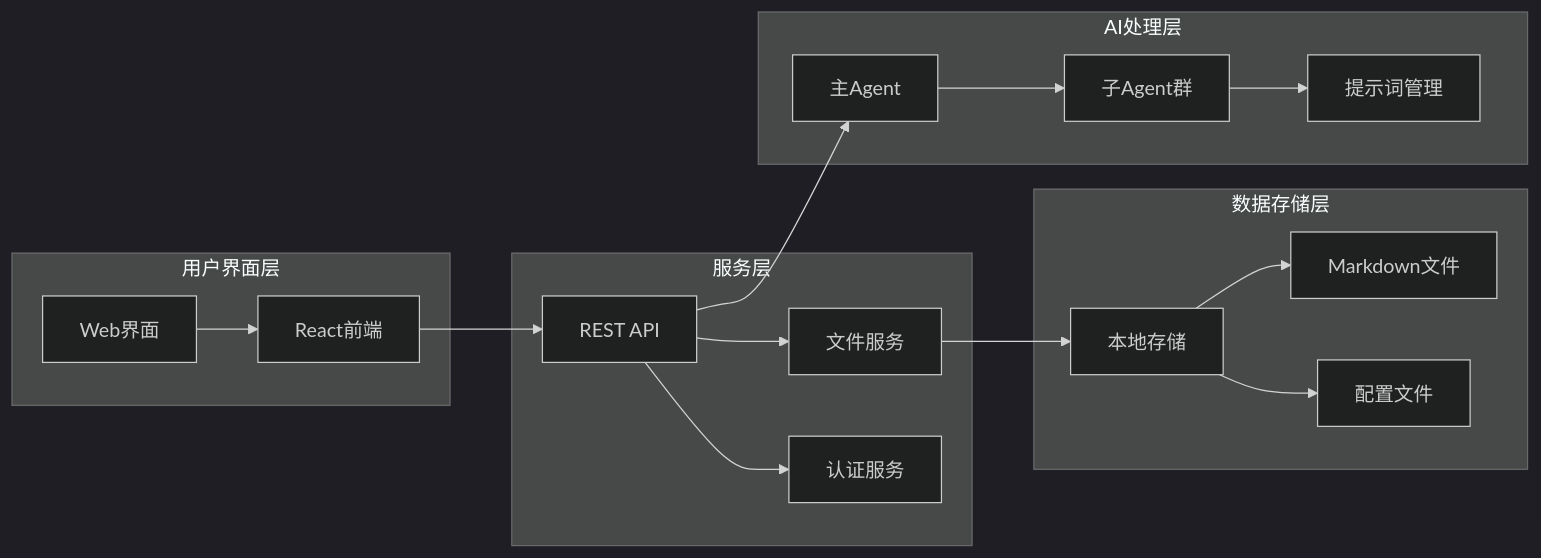
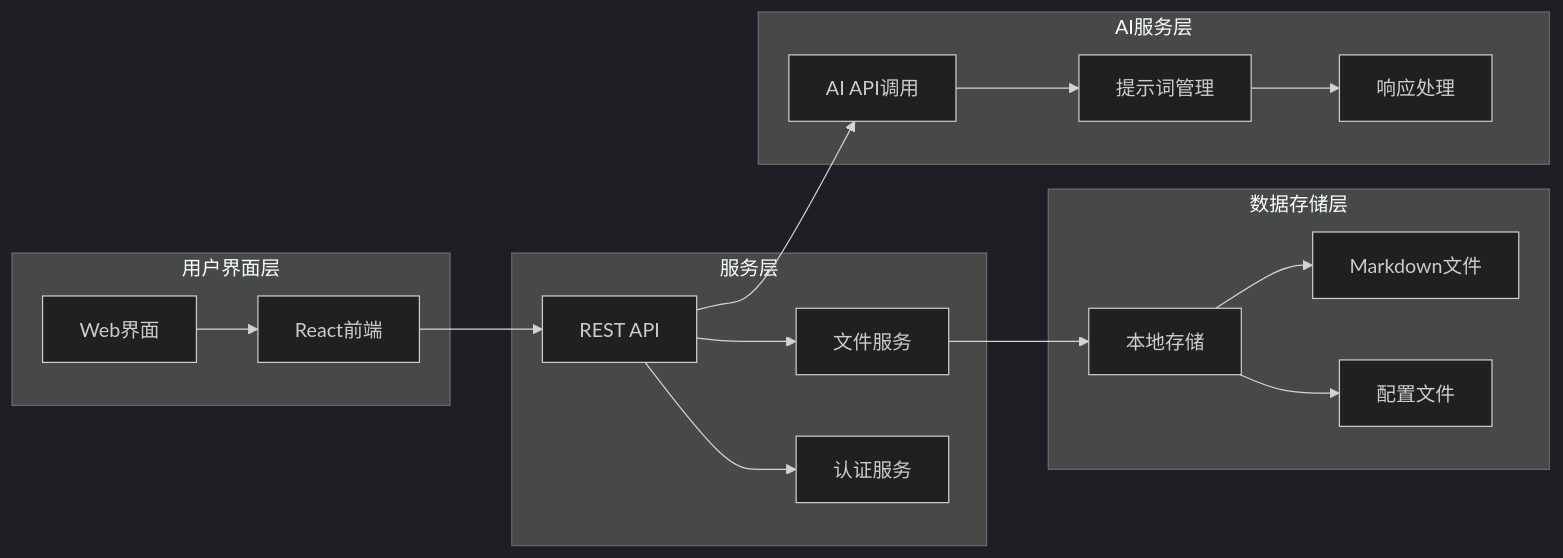
Before and after one commit to lvtiansama/novel-writing-ai: the second of 3 diagrams in README.md, drawn with Mermaid (dark theme). The commit also changed other lines of this file and 8 other files, not shown here.

````diff
--- a/README.md
+++ b/README.md
@@ -77,36 +76,36 @@
 ```mermaid
 graph LR
     subgraph "用户界面层"
         UI[Web界面]
         FE[React前端]
     end
     
     subgraph "服务层"
         API[REST API]
         FS[文件服务]
         AUTH[认证服务]
     end
     
-    subgraph "AI处理层"
-        MAIN[主Agent]
-        SUB[子Agent群]
+    subgraph "AI服务层"
+        AI[AI API调用]
         PROMPT[提示词管理]
+        RESPONSE[响应处理]
     end
     
     subgraph "数据存储层"
         LOCAL[本地存储]
         MD[Markdown文件]
         JSON[配置文件]
     end
     
     UI --> FE
     FE --> API
     API --> FS
     API --> AUTH
-    API --> MAIN
-    MAIN --> SUB
-    SUB --> PROMPT
+    API --> AI
+    AI --> PROMPT
+    PROMPT --> RESPONSE
     FS --> LOCAL
     LOCAL --> MD
     LOCAL --> JSON
 ```
````
